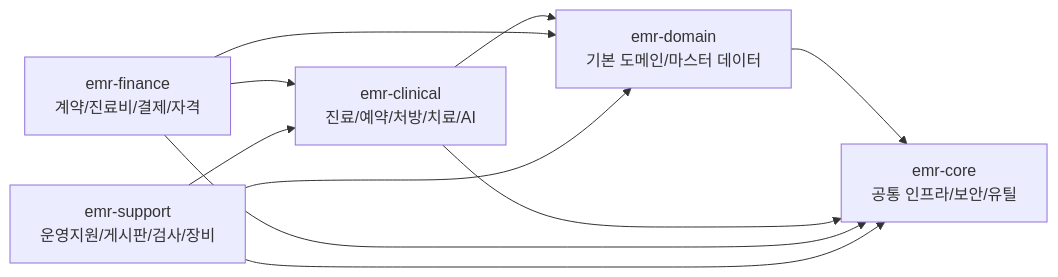
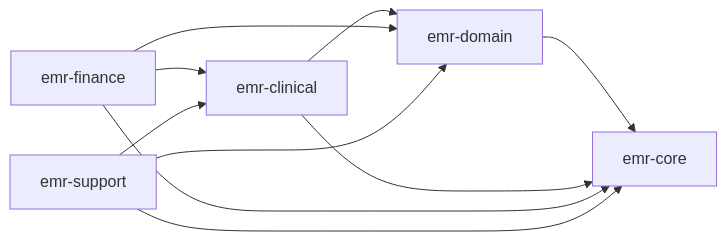
One commit to skyleedevzero86/Health_mr changed the diagram in java_backend/README.md. Above: the diagram before and after it, drawn with Mermaid. The commit also changed other lines of this file, not shown here.

````diff
--- a/java_backend/README.md
+++ b/java_backend/README.md
@@ -16,18 +38,18 @@
 ```mermaid
 graph LR
-    CORE["emr-core<br/>공통 인프라/보안/유틸"]
-    DOMAIN["emr-domain<br/>기본 도메인/마스터 데이터"]
-    CLINICAL["emr-clinical<br/>진료/예약/처방/치료/AI"]
-    FINANCE["emr-finance<br/>계약/진료비/결제/자격"]
-    SUPPORT["emr-support<br/>운영지원/게시판/검사/장비"]
+    CORE["emr-core"]
+    DOMAIN["emr-domain"]
+    CLINICAL["emr-clinical"]
+    FINANCE["emr-finance"]
+    SUPPORT["emr-support"]
 
     DOMAIN --> CORE
     CLINICAL --> CORE
     CLINICAL --> DOMAIN
     FINANCE --> CORE
     FINANCE --> DOMAIN
     FINANCE --> CLINICAL
     SUPPORT --> CORE
     SUPPORT --> DOMAIN
     SUPPORT --> CLINICAL
 ```
````
